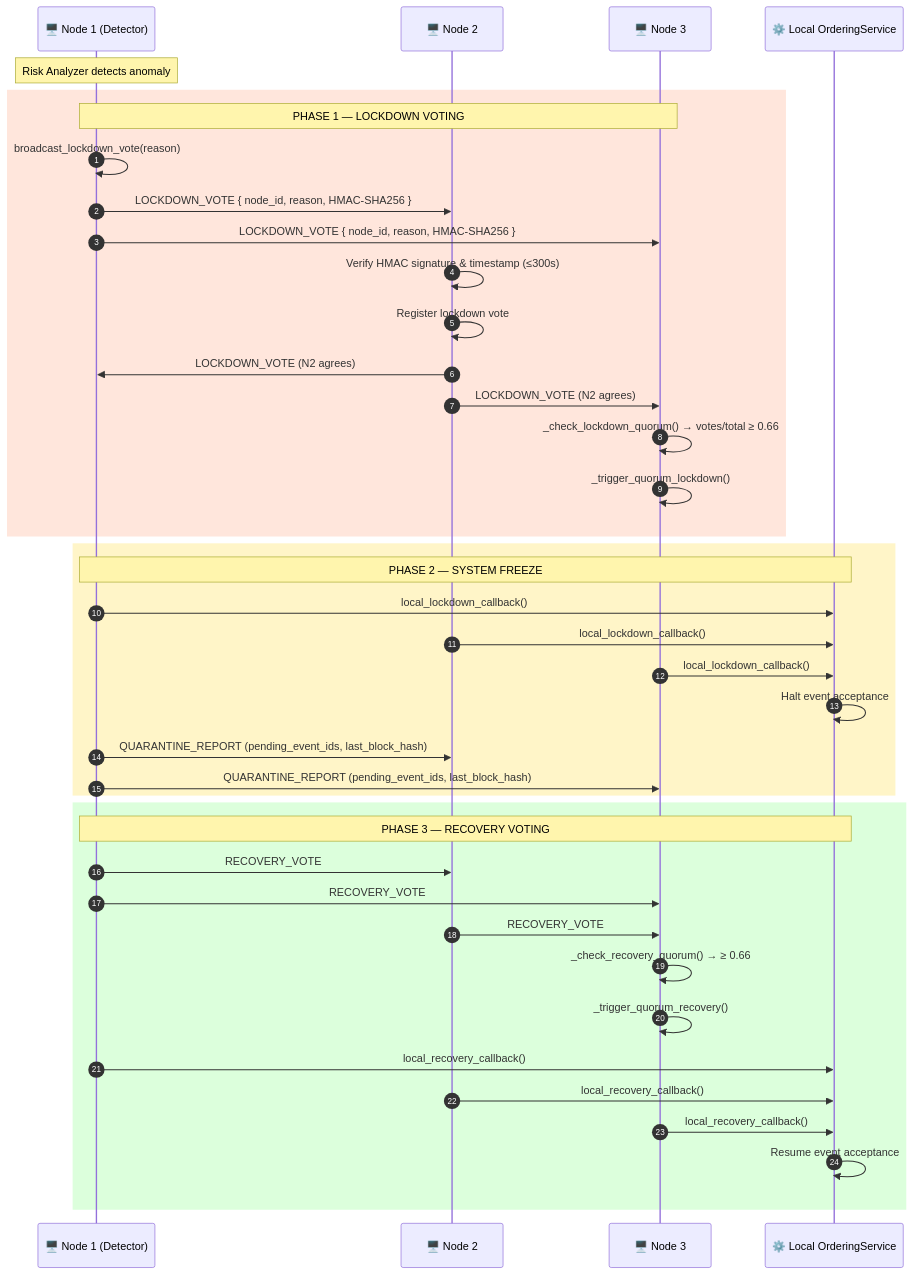
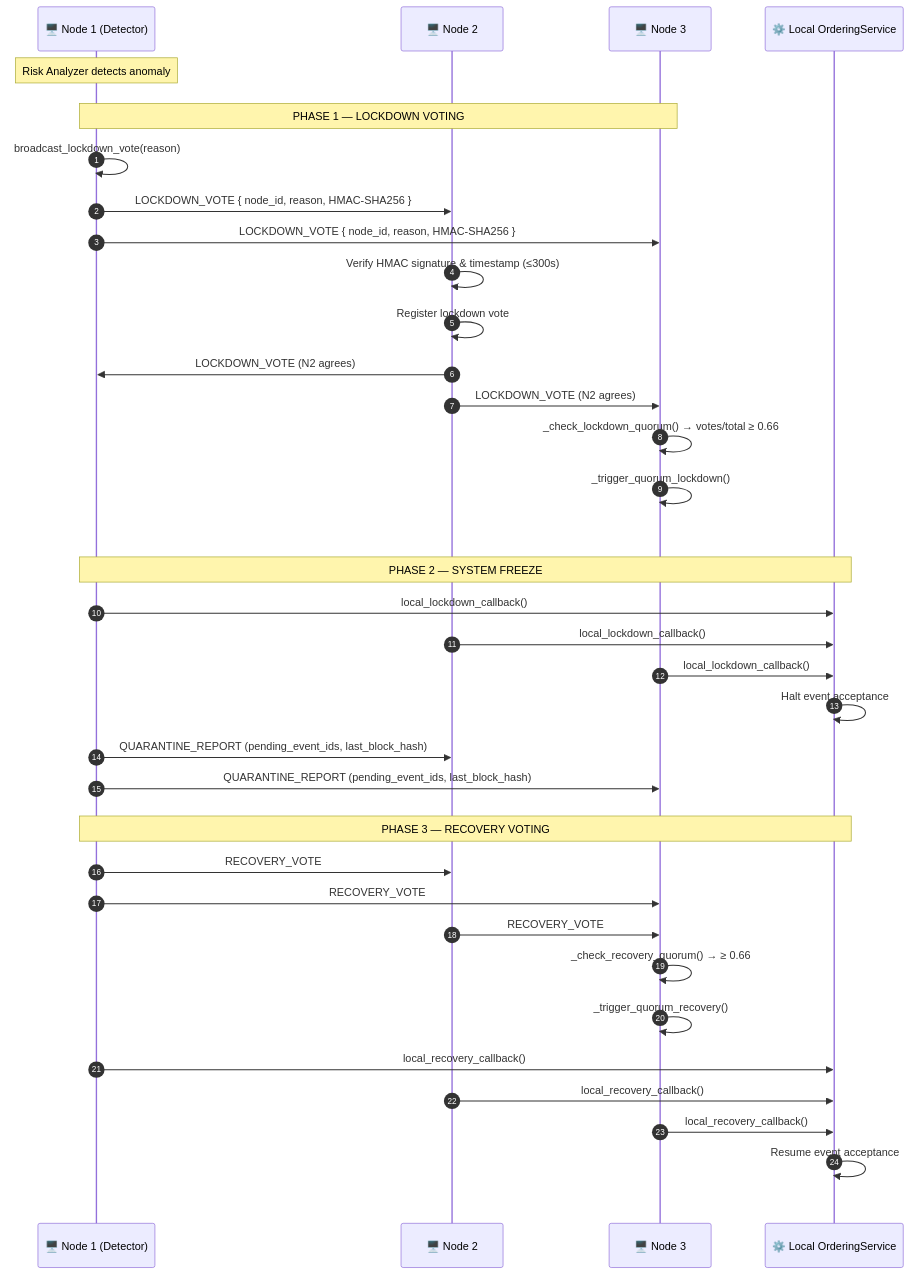
The first of 2 diagrams in docs/workflows/wf-05-cluster-lockdown.md (VanDung-dev/HieraChain), drawn with Mermaid before and after one commit. The commit also changed 7 other files, not shown here.

First line of the commit message:
docs(workflows): standardize sequence diagrams and remove hardcoded styling

````diff
--- a/docs/workflows/wf-05-cluster-lockdown.md
+++ b/docs/workflows/wf-05-cluster-lockdown.md
@@ -22,49 +22,49 @@
 ```mermaid
 sequenceDiagram
     autonumber
     participant N1 as 🖥️ Node 1 (Detector)
     participant N2 as 🖥️ Node 2
     participant N3 as 🖥️ Node 3
     participant OS as ⚙️ Local OrderingService
 
     Note over N1: Risk Analyzer detects anomaly
 
-    rect rgb(255, 230, 220)
+    rect rgb(0, 0, 0, 0)
         Note over N1,N3: PHASE 1 — LOCKDOWN VOTING
         N1->>N1: broadcast_lockdown_vote(reason)
         N1->>N2: LOCKDOWN_VOTE { node_id, reason, HMAC-SHA256 }
         N1->>N3: LOCKDOWN_VOTE { node_id, reason, HMAC-SHA256 }
 
         N2->>N2: Verify HMAC signature & timestamp (≤300s)
         N2->>N2: Register lockdown vote
         N2->>N1: LOCKDOWN_VOTE (N2 agrees)
         N2->>N3: LOCKDOWN_VOTE (N2 agrees)
 
         N3->>N3: _check_lockdown_quorum() → votes/total ≥ 0.66
         N3->>N3: _trigger_quorum_lockdown()
     end
 
-    rect rgb(255, 245, 200)
+    rect rgb(0, 0, 0, 0)
         Note over N1,OS: PHASE 2 — SYSTEM FREEZE
         N1->>OS: local_lockdown_callback()
         N2->>OS: local_lockdown_callback()
         N3->>OS: local_lockdown_callback()
         OS->>OS: Halt event acceptance
         N1->>N2: QUARANTINE_REPORT (pending_event_ids, last_block_hash)
         N1->>N3: QUARANTINE_REPORT (pending_event_ids, last_block_hash)
     end
 
-    rect rgb(220, 255, 220)
+    rect rgb(0, 0, 0, 0)
         Note over N1,OS: PHASE 3 — RECOVERY VOTING
         N1->>N2: RECOVERY_VOTE
         N1->>N3: RECOVERY_VOTE
         N2->>N3: RECOVERY_VOTE
 
         N3->>N3: _check_recovery_quorum() → ≥ 0.66
         N3->>N3: _trigger_quorum_recovery()
         N1->>OS: local_recovery_callback()
         N2->>OS: local_recovery_callback()
         N3->>OS: local_recovery_callback()
         OS->>OS: Resume event acceptance
     end
 ```
````
